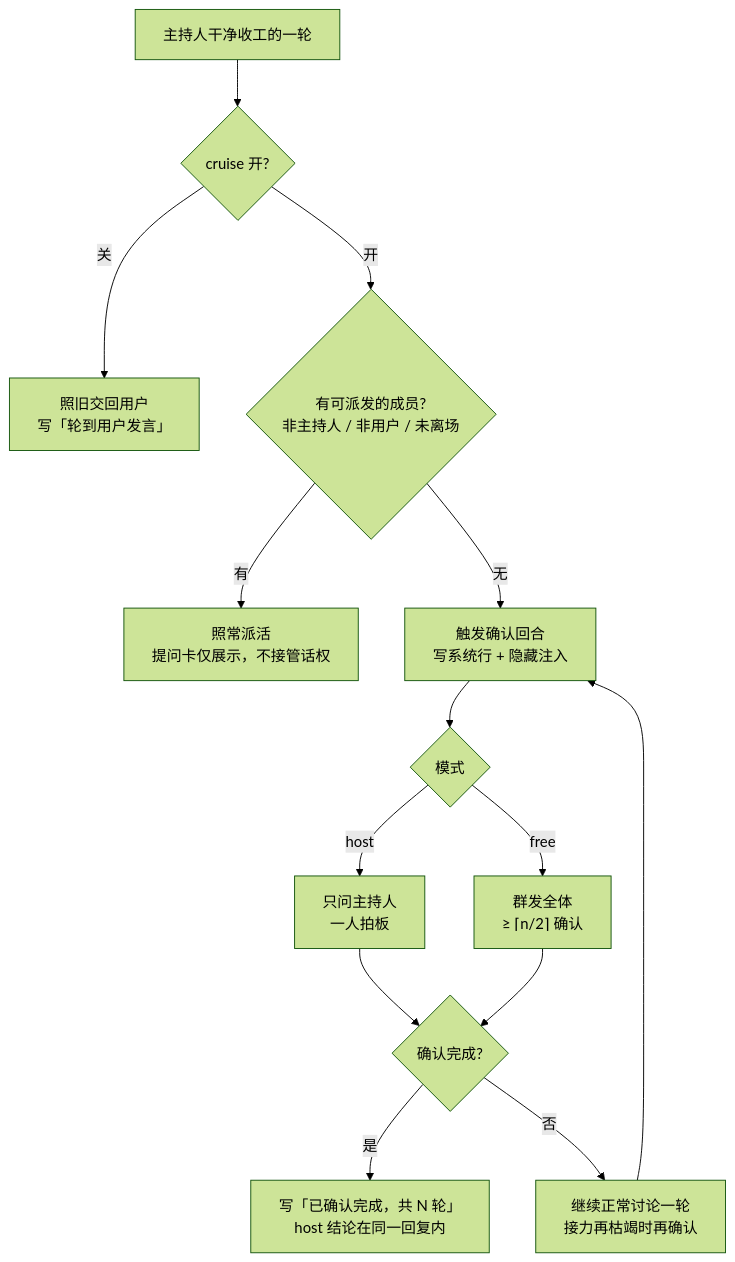
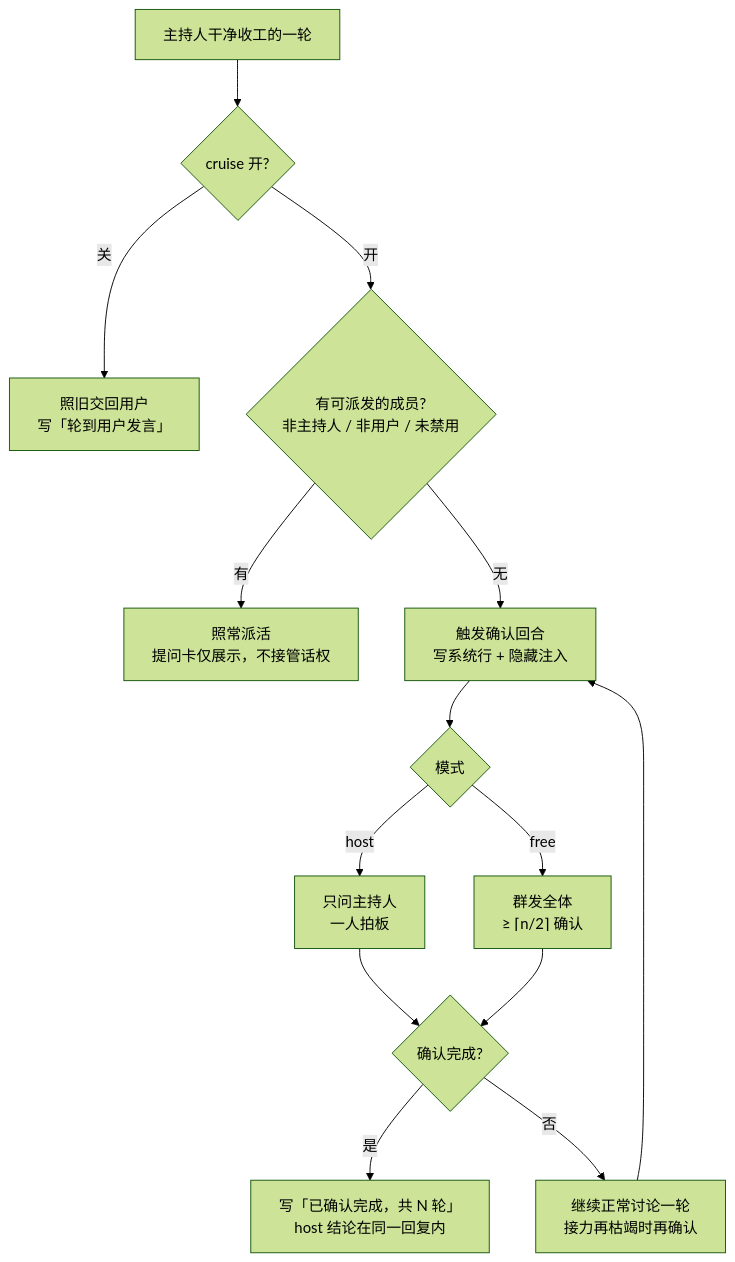
Before and after one commit to clawbench-dev/clawbench: the fourth of 4 diagrams in docs/spec/features/group-chat.md, drawn with Mermaid (forest theme). The commit also changed other lines of this file and 71 other files, not shown here.

````diff
--- a/docs/spec/features/group-chat.md
+++ b/docs/spec/features/group-chat.md
@@ -81,16 +81,16 @@
 ```mermaid
 flowchart TB
     A[主持人干净收工的一轮] --> B{cruise 开?}
     B -->|关| H[照旧交回用户<br/>写「轮到用户发言」]
-    B -->|开| P{有可派发的成员?<br/>非主持人 / 非用户 / 未离场}
+    B -->|开| P{有可派发的成员?<br/>非主持人 / 非用户 / 未禁用}
     P -->|有| R[照常派活<br/>提问卡仅展示，不接管话权]
     P -->|无| C[触发确认回合<br/>写系统行 + 隐藏注入]
     C --> D{模式}
     D -->|host| E[只问主持人<br/>一人拍板]
     D -->|free| F[群发全体<br/>≥ ⌈n/2⌉ 确认]
     E --> G{确认完成?}
     F --> G
     G -->|是| I[写「已确认完成，共 N 轮」<br/>host 结论在同一回复内]
     G -->|否| J[继续正常讨论一轮<br/>接力再枯竭时再确认]
     J --> C
 ```
````
